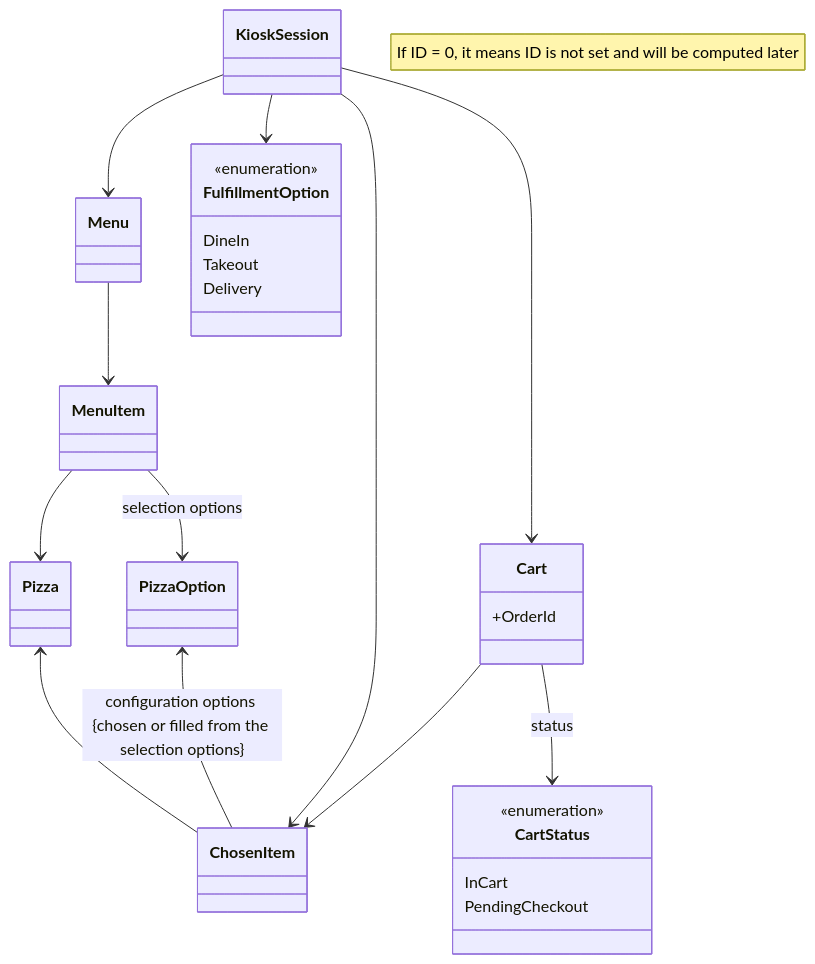
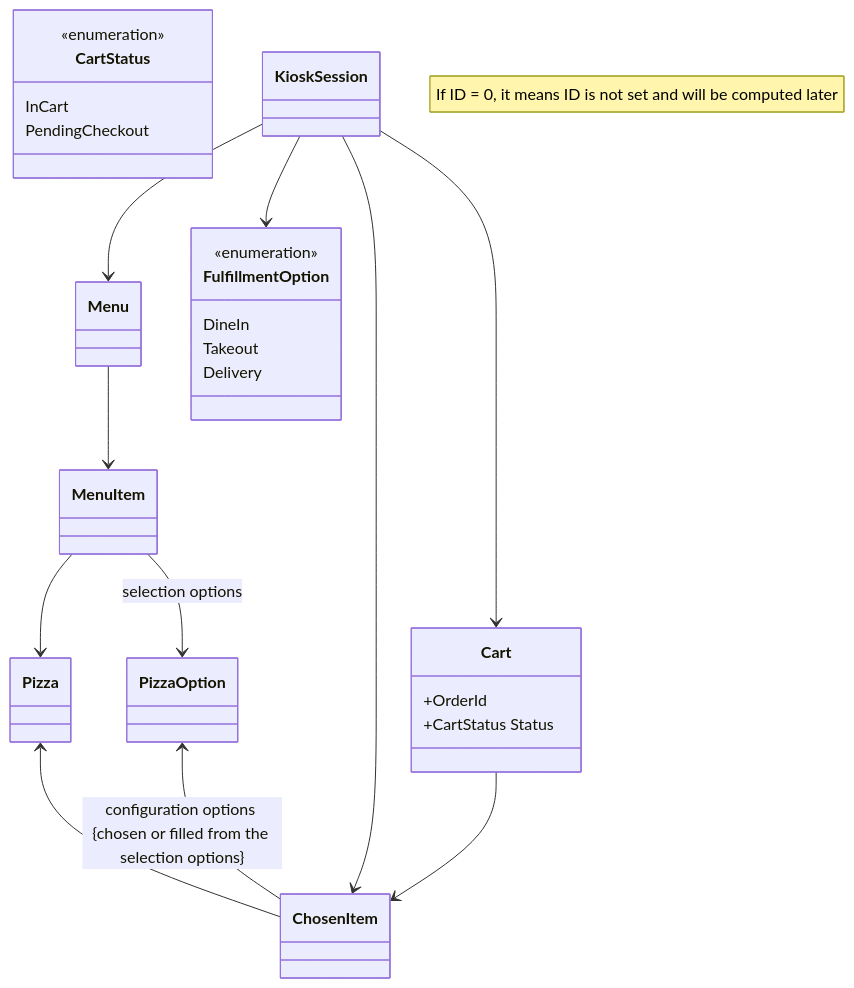
One commit to ekral/Utb.PizzaKiosk changed the diagram in README.md. Above: the diagram before and after it, drawn with Mermaid.

````diff
--- a/README.md
+++ b/README.md
@@ -160,40 +160,40 @@
 ```mermaid
  classDiagram
    note "If ID = 0, it means ID is not set and will be computed later"
    %% direction LR
    class PizzaOption
    class Pizza
    class MenuItem
    class Menu
    class ChosenItem
 
    class CartStatus{
       <<enumeration>>
       InCart
       PendingCheckout
    }
 
    class Cart{
       +OrderId
+      +CartStatus Status
    }
 
    class FulfillmentOption{
       <<enumeration>>
       DineIn
       Takeout
       Delivery
    }
 
    class KioskSession
    MenuItem --> Pizza
    Pizza <-- ChosenItem
    MenuItem --> PizzaOption : selection options
    PizzaOption <-- ChosenItem : configuration options {chosen or filled from the selection options}
    Menu --> MenuItem
    KioskSession --> Menu
    KioskSession --> FulfillmentOption
    KioskSession  --> ChosenItem
    KioskSession  --> Cart
    Cart --> ChosenItem
-   Cart --> CartStatus : status
 ```
````
